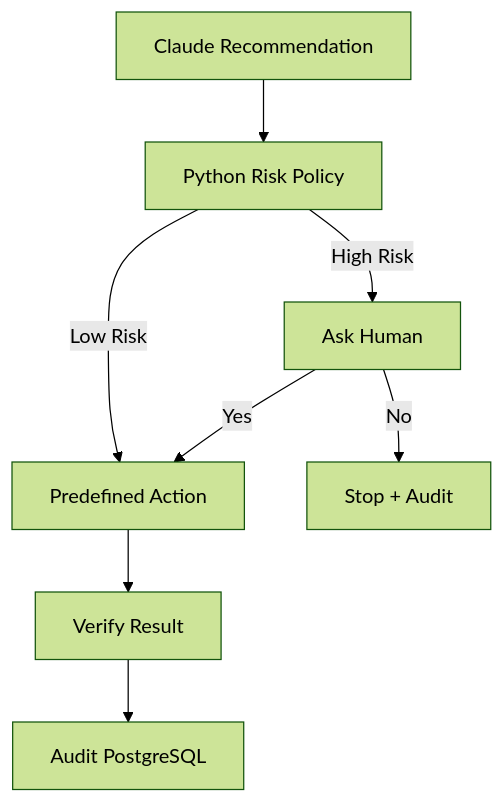
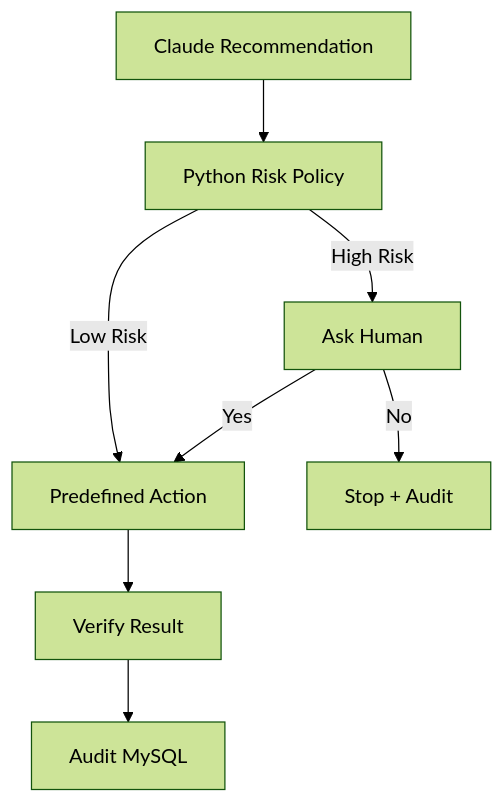
The fourth of 4 diagrams in kubernetes-cost-optimization/Readme.md (AshaSaini-033/K8s-cost-optimization2), drawn with Mermaid (forest theme) before and after one commit. The commit also changed other lines of this file, not shown here.

Commit message:
Update documentation from PostgreSQL to MySQL

````diff
--- a/kubernetes-cost-optimization/Readme.md
+++ b/kubernetes-cost-optimization/Readme.md
@@ -202,10 +202,10 @@
 ```mermaid
 flowchart TD
     A[Claude Recommendation] --> B[Python Risk Policy]
     B -->|Low Risk| C[Predefined Action]
     B -->|High Risk| D[Ask Human]
     D -->|Yes| C
     D -->|No| E[Stop + Audit]
     C --> F[Verify Result]
-    F --> G[Audit PostgreSQL]
+    F --> G[Audit MySQL]
 ```
````
